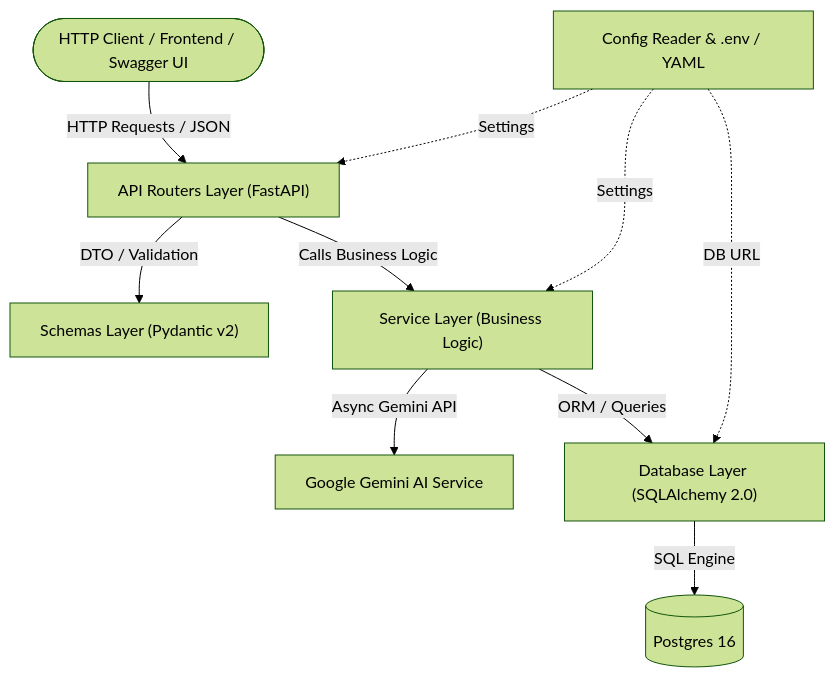
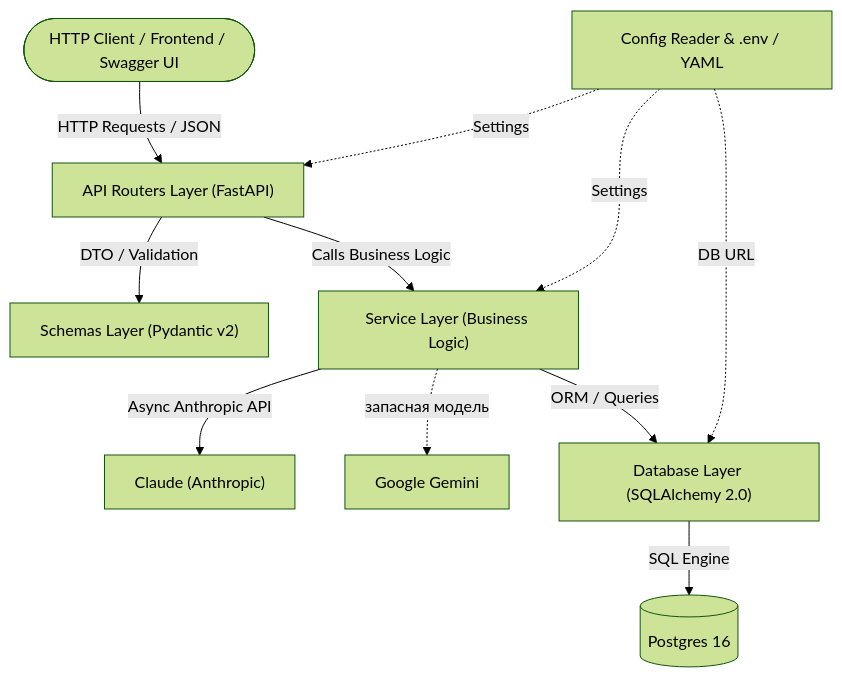
One commit to jbronxxx/getbalanceai_api changed the first of 2 diagrams in ARCHITECTURE.md. Above: the diagram before and after it, drawn with Mermaid (forest theme). The commit also changed other lines of this file and 28 other files, not shown here.

````diff
--- a/ARCHITECTURE.md
+++ b/ARCHITECTURE.md
@@ -30,12 +30,13 @@
 ```mermaid
 flowchart TD
     Client(["HTTP Client / Frontend / Swagger UI"]) -->|HTTP Requests / JSON| Routers["API Routers Layer (FastAPI)"]
     Routers -->|DTO / Validation| Schemas["Schemas Layer (Pydantic v2)"]
     Routers -->|Calls Business Logic| Services["Service Layer (Business Logic)"]
-    Services -->|Async Gemini API| ExternalAI["Google Gemini AI Service"]
+    Services -->|Async Anthropic API| ExternalAI["Claude (Anthropic)"]
+    Services -.->|запасная модель| FallbackAI["Google Gemini"]
     Services -->|ORM / Queries| Database["Database Layer (SQLAlchemy 2.0)"]
     Database -->|SQL Engine| DB[("Postgres 16")]
     Config["Config Reader & .env / YAML"] -.->|Settings| Routers
     Config -.->|Settings| Services
     Config -.->|DB URL| Database
 ```
````
